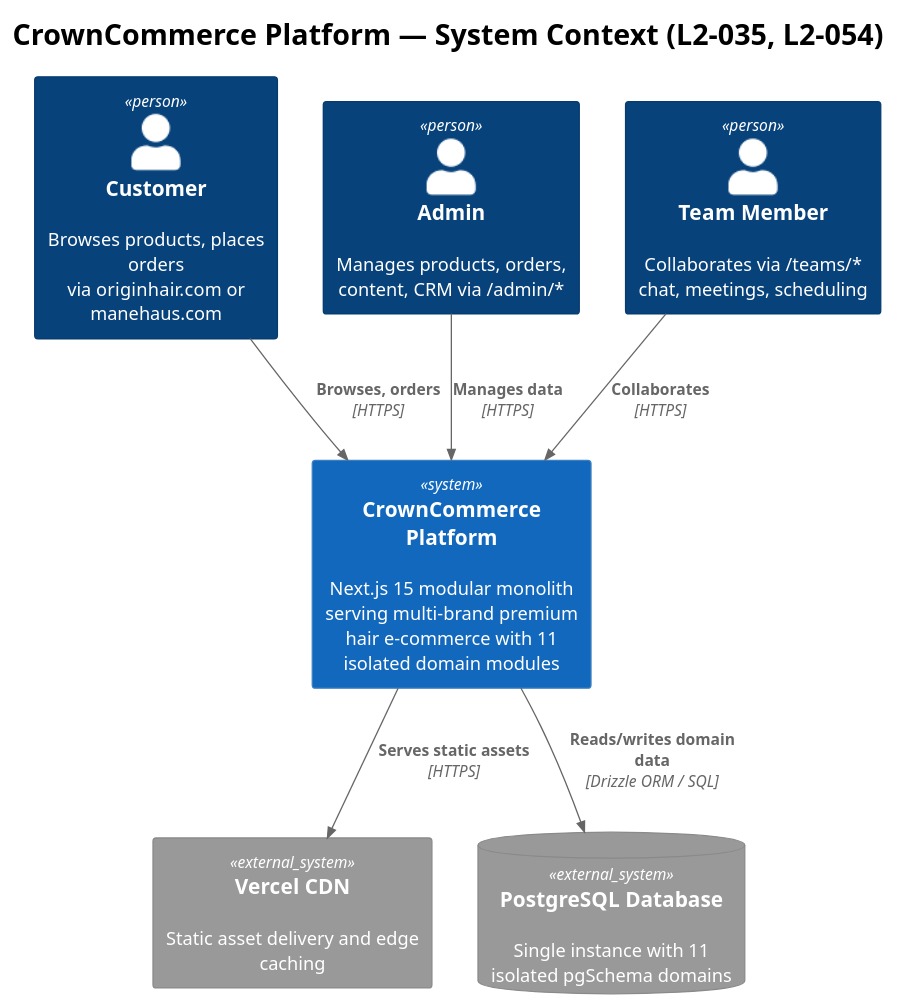
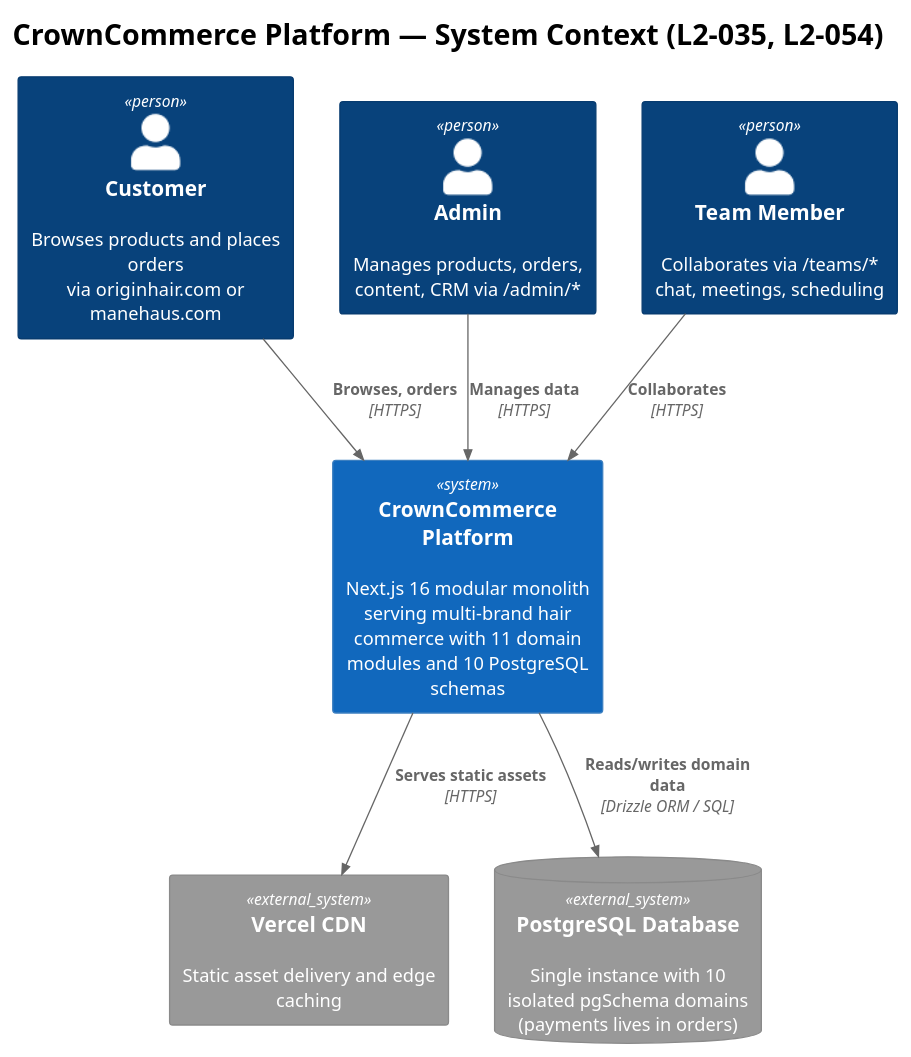
The diagram in docs/detailed-designs/01-platform-architecture/diagrams/c4-context.puml (QuinntyneBrown/CrownCommerce), drawn with PlantUML before and after one commit. The commit also changed 15 other files, not shown here.

```diff
--- a/docs/detailed-designs/01-platform-architecture/diagrams/c4-context.puml
+++ b/docs/detailed-designs/01-platform-architecture/diagrams/c4-context.puml
@@ -1,22 +1,22 @@
 @startuml c4-context
 !theme plain
 !include <C4/C4_Context>
 
 title CrownCommerce Platform — System Context (L2-035, L2-054)
 
-Person(customer, "Customer", "Browses products, places orders\nvia originhair.com or manehaus.com")
+Person(customer, "Customer", "Browses products and places orders\nvia originhair.com or manehaus.com")
 Person(admin, "Admin", "Manages products, orders,\ncontent, CRM via /admin/*")
 Person(team, "Team Member", "Collaborates via /teams/*\nchat, meetings, scheduling")
 
-System(cc, "CrownCommerce Platform", "Next.js 15 modular monolith serving multi-brand premium hair e-commerce with 11 isolated domain modules")
+System(cc, "CrownCommerce Platform", "Next.js 16 modular monolith serving multi-brand hair commerce with 11 domain modules and 10 PostgreSQL schemas")
 
 System_Ext(cdn, "Vercel CDN", "Static asset delivery and edge caching")
-SystemDb_Ext(pg, "PostgreSQL Database", "Single instance with 11 isolated pgSchema domains")
+SystemDb_Ext(pg, "PostgreSQL Database", "Single instance with 10 isolated pgSchema domains\n(payments lives in orders)")
 
 Rel(customer, cc, "Browses, orders", "HTTPS")
 Rel(admin, cc, "Manages data", "HTTPS")
 Rel(team, cc, "Collaborates", "HTTPS")
 Rel(cc, pg, "Reads/writes domain data", "Drizzle ORM / SQL")
 Rel(cc, cdn, "Serves static assets", "HTTPS")
 
 @enduml
```
